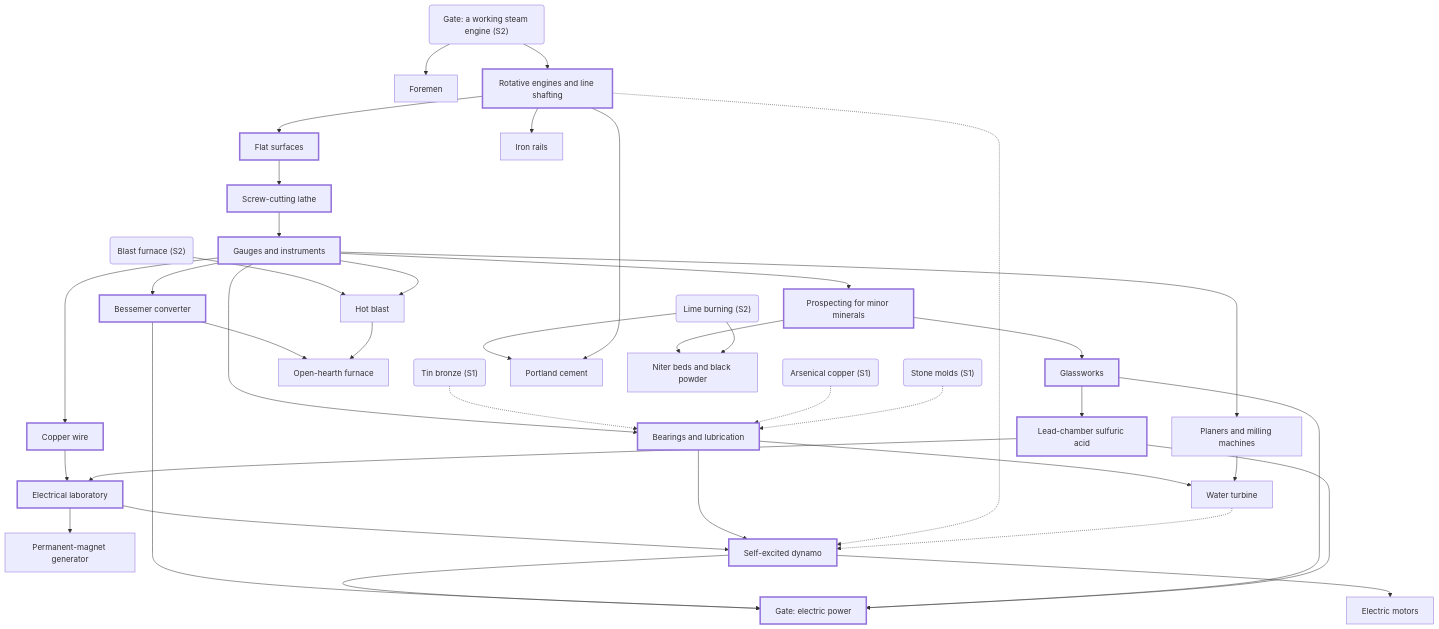
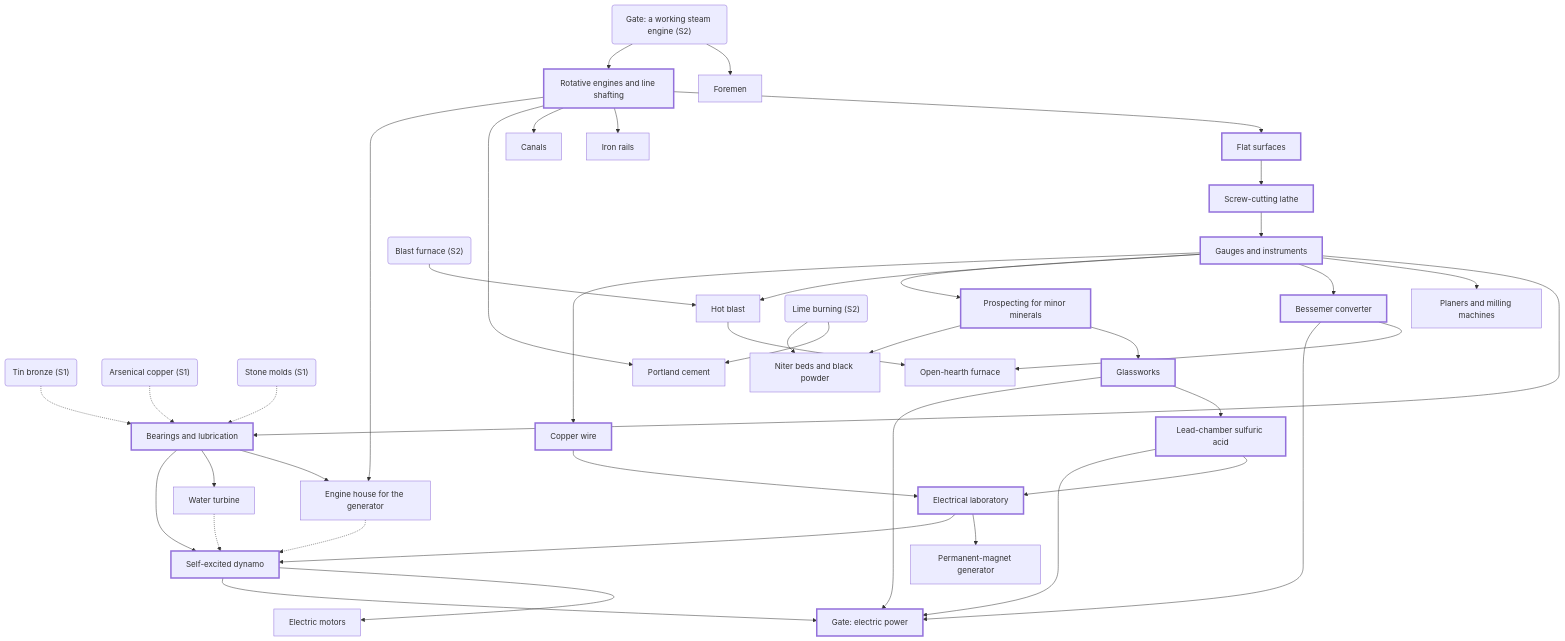
One commit to joethechickenguy/repo_for_claude changed the third of 6 diagrams in tech-tree/generated/dependencies.md. Above: the diagram before and after it, drawn with Mermaid. The commit also changed other lines of this file and 5 other files, not shown here.

````diff
--- a/tech-tree/generated/dependencies.md
+++ b/tech-tree/generated/dependencies.md
@@ -260,72 +262,76 @@
 ```mermaid
 flowchart TD
   foremen["Foremen"]
   gate_steam --> foremen
   rotative_engine_shafting["Rotative engines and line shafting"]
   gate_steam --> rotative_engine_shafting
   surface_plates["Flat surfaces"]
   rotative_engine_shafting --> surface_plates
   screw_cutting_lathe["Screw-cutting lathe"]
   surface_plates --> screw_cutting_lathe
   measurement["Gauges and instruments"]
   screw_cutting_lathe --> measurement
   bearings_lubrication["Bearings and lubrication"]
   measurement --> bearings_lubrication
   tin_bronze -.-> bearings_lubrication
   arsenical_copper -.-> bearings_lubrication
   stone_molds -.-> bearings_lubrication
   planer_milling["Planers and milling machines"]
   measurement --> planer_milling
   rails_wagonways["Iron rails"]
   rotative_engine_shafting --> rails_wagonways
+  canals["Canals"]
+  rotative_engine_shafting --> canals
   bessemer_converter["Bessemer converter"]
   measurement --> bessemer_converter
   hot_blast["Hot blast"]
   blast_furnace --> hot_blast
   measurement --> hot_blast
   open_hearth["Open-hearth furnace"]
   bessemer_converter --> open_hearth
   hot_blast --> open_hearth
   mineral_prospecting["Prospecting for minor minerals"]
   measurement --> mineral_prospecting
   glassworks["Glassworks"]
   mineral_prospecting --> glassworks
   sulfuric_acid["Lead-chamber sulfuric acid"]
   glassworks --> sulfuric_acid
   portland_cement["Portland cement"]
   lime_burning --> portland_cement
   rotative_engine_shafting --> portland_cement
   niter_beds["Niter beds and black powder"]
   mineral_prospecting --> niter_beds
   lime_burning --> niter_beds
   wire_drawing["Copper wire"]
   measurement --> wire_drawing
   electrical_laboratory["Electrical laboratory"]
   wire_drawing --> electrical_laboratory
   sulfuric_acid --> electrical_laboratory
   magneto_generator["Permanent-magnet generator"]
   electrical_laboratory --> magneto_generator
+  steam_engine_house["Engine house for the generator"]
+  bearings_lubrication --> steam_engine_house
+  rotative_engine_shafting --> steam_engine_house
   water_turbine["Water turbine"]
   bearings_lubrication --> water_turbine
-  planer_milling --> water_turbine
   dynamo["Self-excited dynamo"]
   electrical_laboratory --> dynamo
   bearings_lubrication --> dynamo
-  rotative_engine_shafting -.-> dynamo
+  steam_engine_house -.-> dynamo
   water_turbine -.-> dynamo
   electric_motors_preview["Electric motors"]
   dynamo --> electric_motors_preview
   gate_generator["Gate: electric power"]
   dynamo --> gate_generator
   bessemer_converter --> gate_generator
   glassworks --> gate_generator
   sulfuric_acid --> gate_generator
   arsenical_copper("Arsenical copper (S1)")
   blast_furnace("Blast furnace (S2)")
   gate_steam("Gate: a working steam engine (S2)")
   lime_burning("Lime burning (S2)")
   stone_molds("Stone molds (S1)")
   tin_bronze("Tin bronze (S1)")
   classDef crit stroke-width:3px
   class rotative_engine_shafting,surface_plates,screw_cutting_lathe,measurement,bearings_lubrication,bessemer_converter,mineral_prospecting,glassworks,sulfuric_acid,wire_drawing,electrical_laboratory,dynamo,gate_generator crit
 ```
````
